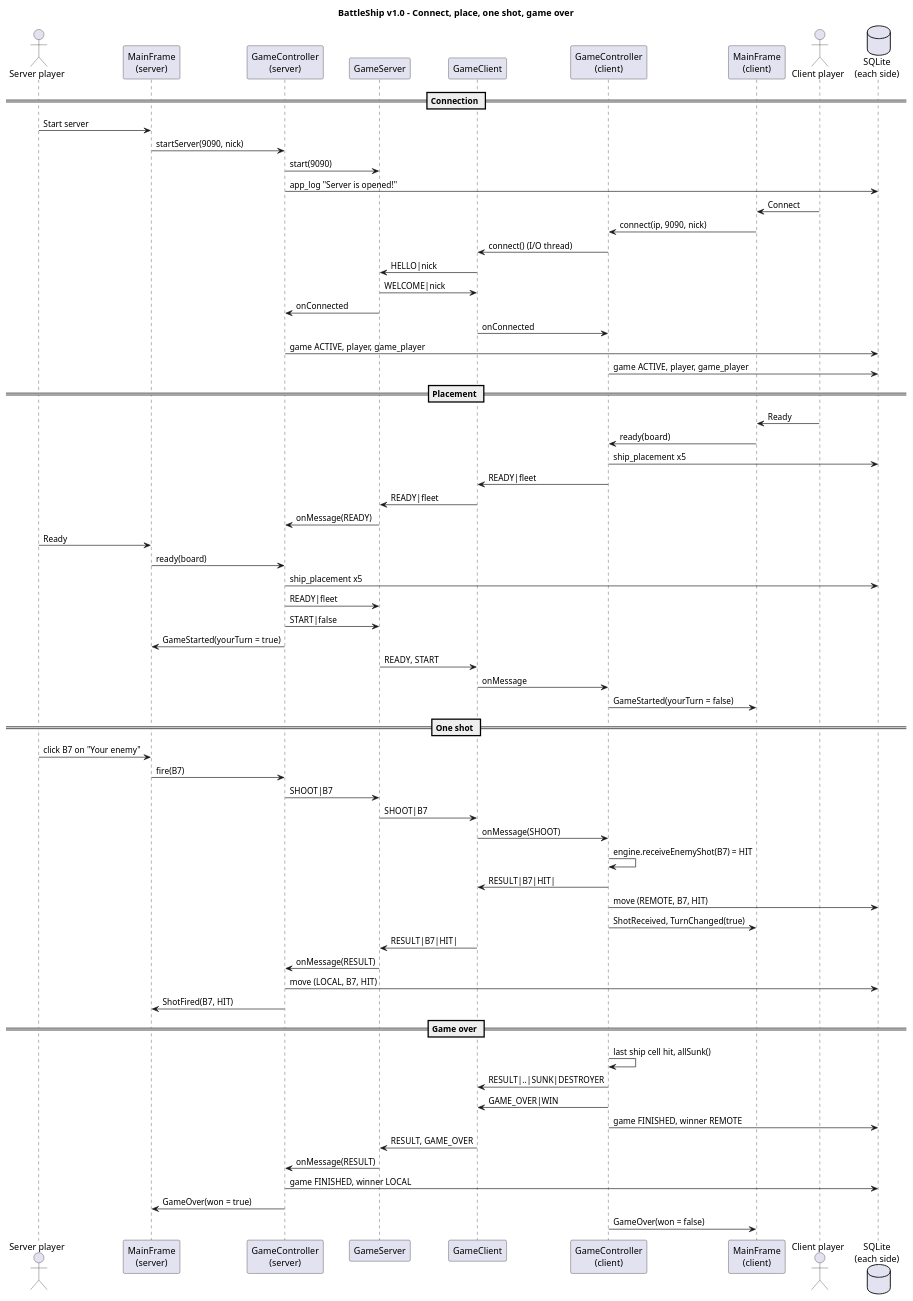
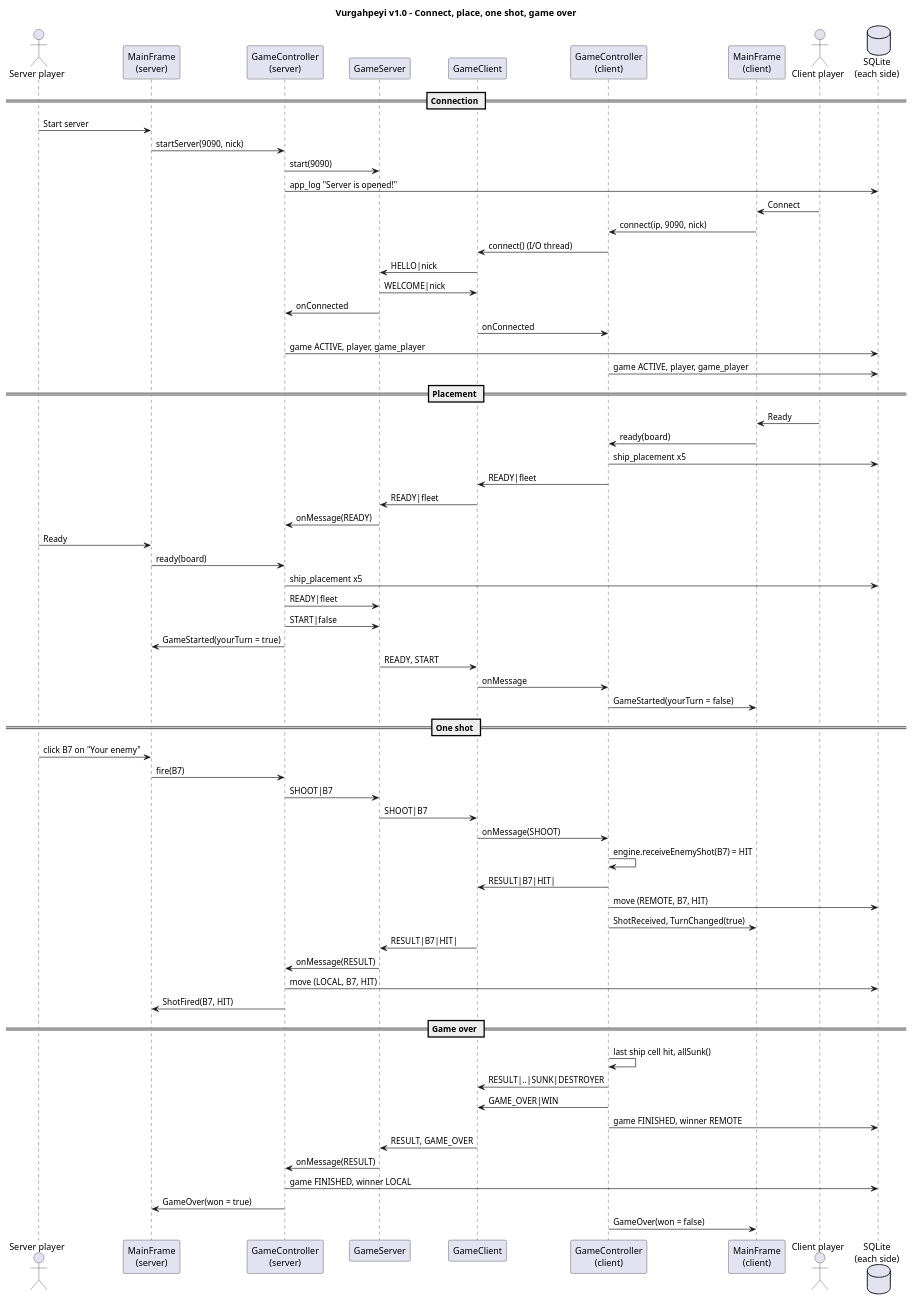
The diagram in docs/diagrams/sequence.puml (okantao/vurgahpeyi), drawn with PlantUML before and after one commit. The commit also changed 13 other files, not shown here.

First line of the commit message:
Rename game to Vurgahpeyi to match the repository name

```diff
--- a/docs/diagrams/sequence.puml
+++ b/docs/diagrams/sequence.puml
@@ -1,71 +1,71 @@
 @startuml sequence
-title BattleShip v1.0 - Connect, place, one shot, game over
+title Vurgahpeyi v1.0 - Connect, place, one shot, game over
 
 actor "Server player" as SP
 participant "MainFrame\n(server)" as SUI
 participant "GameController\n(server)" as SC
 participant "GameServer" as GS
 participant "GameClient" as GC
 participant "GameController\n(client)" as CC
 participant "MainFrame\n(client)" as CUI
 actor "Client player" as CP
 database "SQLite\n(each side)" as DB
 
 == Connection ==
 SP -> SUI : Start server
 SUI -> SC : startServer(9090, nick)
 SC -> GS : start(9090)
 SC -> DB : app_log "Server is opened!"
 CP -> CUI : Connect
 CUI -> CC : connect(ip, 9090, nick)
 CC -> GC : connect() (I/O thread)
 GC -> GS : HELLO|nick
 GS -> GC : WELCOME|nick
 GS -> SC : onConnected
 GC -> CC : onConnected
 SC -> DB : game ACTIVE, player, game_player
 CC -> DB : game ACTIVE, player, game_player
 
 == Placement ==
 CP -> CUI : Ready
 CUI -> CC : ready(board)
 CC -> DB : ship_placement x5
 CC -> GC : READY|fleet
 GC -> GS : READY|fleet
 GS -> SC : onMessage(READY)
 SP -> SUI : Ready
 SUI -> SC : ready(board)
 SC -> DB : ship_placement x5
 SC -> GS : READY|fleet
 SC -> GS : START|false
 SC -> SUI : GameStarted(yourTurn = true)
 GS -> GC : READY, START
 GC -> CC : onMessage
 CC -> CUI : GameStarted(yourTurn = false)
 
 == One shot ==
 SP -> SUI : click B7 on "Your enemy"
 SUI -> SC : fire(B7)
 SC -> GS : SHOOT|B7
 GS -> GC : SHOOT|B7
 GC -> CC : onMessage(SHOOT)
 CC -> CC : engine.receiveEnemyShot(B7) = HIT
 CC -> GC : RESULT|B7|HIT|
 CC -> DB : move (REMOTE, B7, HIT)
 CC -> CUI : ShotReceived, TurnChanged(true)
 GC -> GS : RESULT|B7|HIT|
 GS -> SC : onMessage(RESULT)
 SC -> DB : move (LOCAL, B7, HIT)
 SC -> SUI : ShotFired(B7, HIT)
 
 == Game over ==
 CC -> CC : last ship cell hit, allSunk()
 CC -> GC : RESULT|..|SUNK|DESTROYER
 CC -> GC : GAME_OVER|WIN
 CC -> DB : game FINISHED, winner REMOTE
 GC -> GS : RESULT, GAME_OVER
 GS -> SC : onMessage(RESULT)
 SC -> DB : game FINISHED, winner LOCAL
 SC -> SUI : GameOver(won = true)
 CC -> CUI : GameOver(won = false)
 @enduml
```
